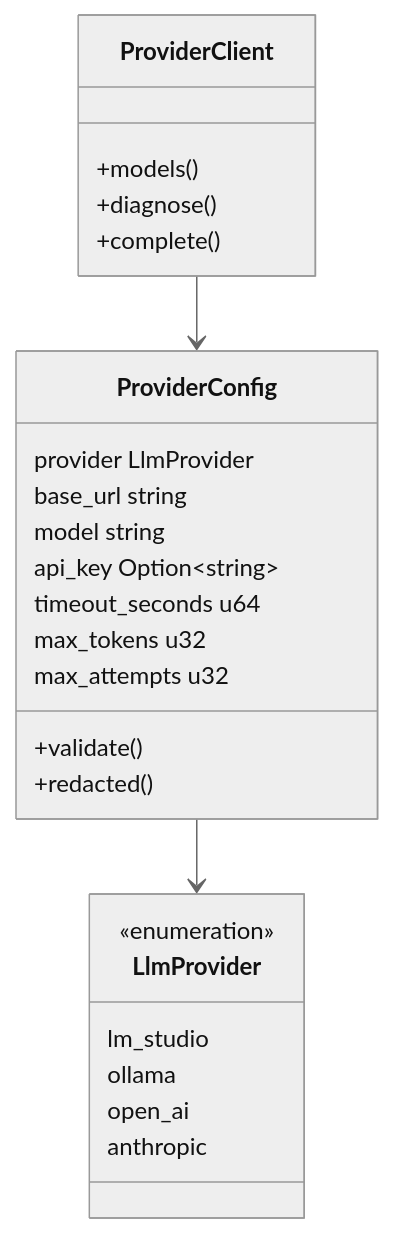
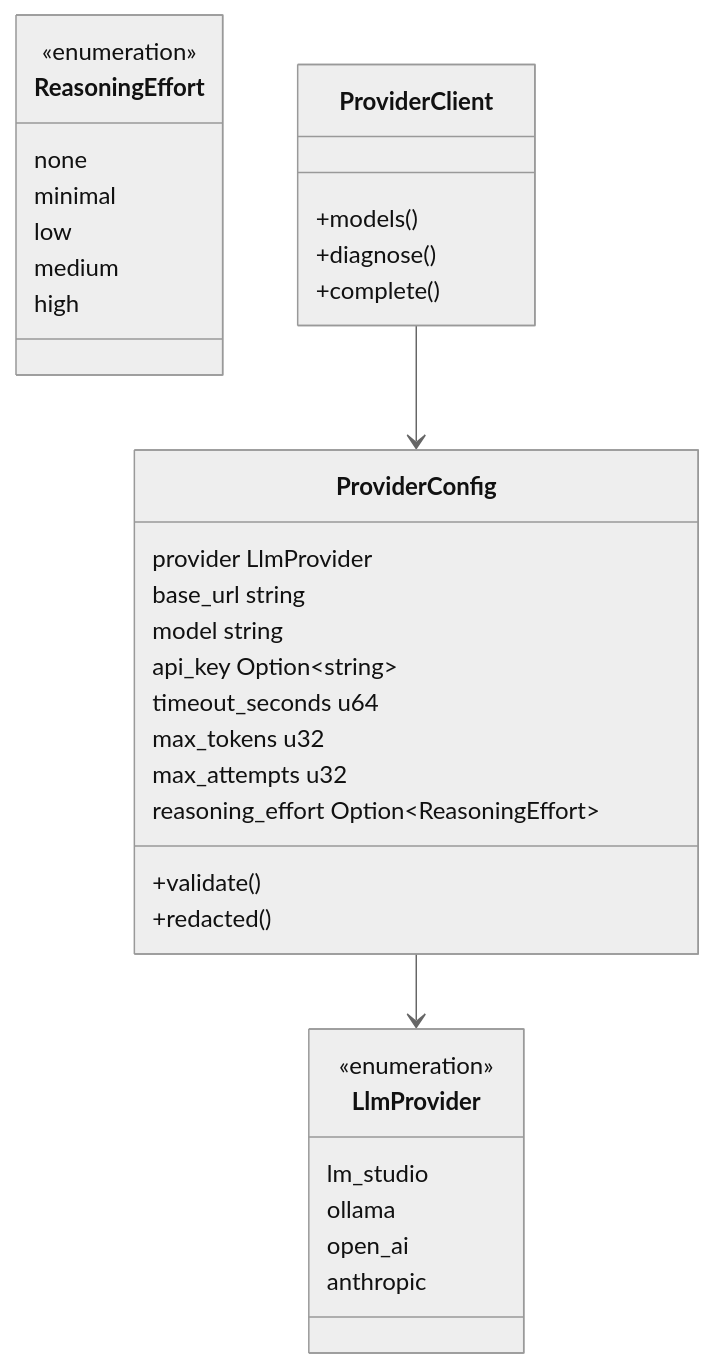
Diagram 18 of 18 in docs/specification.md (everettielle/RosettaCue), drawn with Mermaid (neutral theme) before and after one commit. The commit also changed other lines of this file and 6 other files, not shown here.

First line of the commit message:
feat(app): expose reasoning effort in Settings and the CLI

````diff
--- a/docs/specification.md
+++ b/docs/specification.md
@@ -1117,28 +1121,37 @@
 ```mermaid
 classDiagram
   class ProviderConfig {
     provider LlmProvider
     base_url string
     model string
     api_key Option~string~
     timeout_seconds u64
     max_tokens u32
     max_attempts u32
+    reasoning_effort Option~ReasoningEffort~
     +validate()
     +redacted()
   }
   class LlmProvider {
     <<enumeration>>
     lm_studio
     ollama
     open_ai
     anthropic
   }
+  class ReasoningEffort {
+    <<enumeration>>
+    none
+    minimal
+    low
+    medium
+    high
+  }
   class ProviderClient {
     +models()
     +diagnose()
     +complete()
   }
   ProviderConfig --> LlmProvider
   ProviderClient --> ProviderConfig
 ```
````
